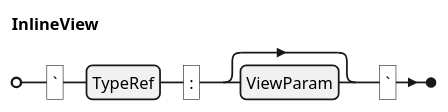
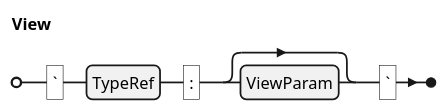
Before and after one commit to crisclacerda/SpecCompiler: the diagram in docs/engineering_docs/dictionary/spec_view.md, drawn with PlantUML. The commit also changed other lines of this file and 44 other files, not shown here.

````diff
--- a/docs/engineering_docs/dictionary/spec_view.md
+++ b/docs/engineering_docs/dictionary/spec_view.md
@@ -15,7 +13,7 @@
-```plantuml:grammar-spec-view{caption="Spec View productions (inline)"}
+```plantuml:grammar-spec-view{caption="Spec View productions"}
 @startebnf
 
-InlineView = "`", TypeRef, ":", [ ViewParam ], "`";
+View = "`", TypeRef, ":", [ ViewParam ], "`";
 
 @endebnf
 ```
````
